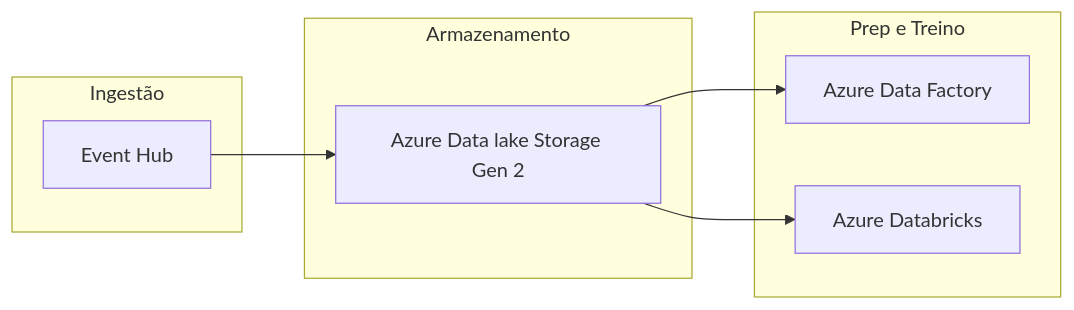
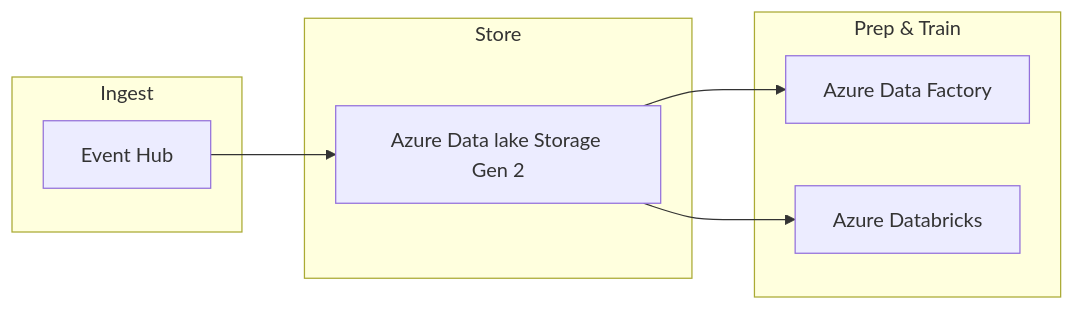
One commit to tiagornandrade/terraform-azure changed the diagram in README.md. Above: the diagram before and after it, drawn with Mermaid. The commit also changed 1 other file, not shown here.

Commit message:
create resource group

````diff
--- a/README.md
+++ b/README.md
@@ -3,16 +3,16 @@
 ```mermaid
   flowchart LR;
-      subgraph Ingestão
+      subgraph Ingest
         A[Event Hub]
       end
-      subgraph Armazenamento
+      subgraph Store
         B[Azure Data lake Storage Gen 2]
         A-->B
       end
-      subgraph Prep e Treino
+      subgraph Prep & Train
         C[Azure Data Factory]
         D[Azure Databricks]
         B-->C
         B-->D
       end
 ```
````
